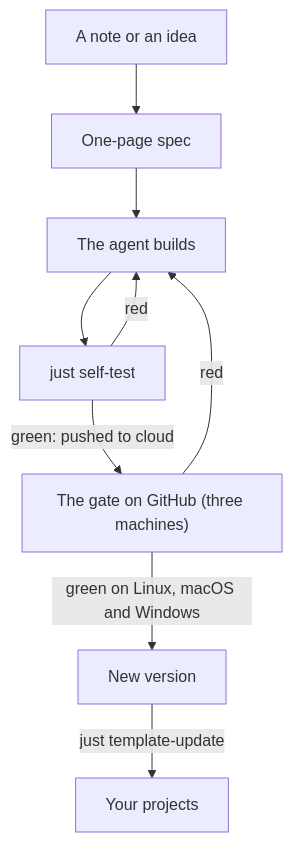
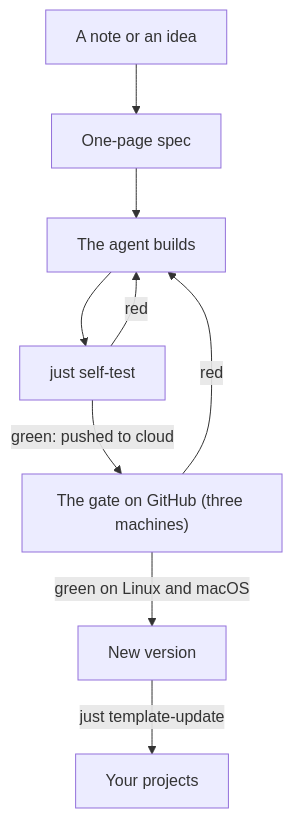
Before and after one commit to yerlytech/ai-backbone: the second of 2 diagrams in docs/how-it-works.md, drawn with Mermaid. The commit also changed other lines of this file and 8 other files, not shown here.

Commit message:
feat: Windows reports and no longer holds main back (the maintainer, 2026-11-12); zed and the two ideas leave the template's watch list; the gate's checks prove the new rule

````diff
--- a/docs/how-it-works.md
+++ b/docs/how-it-works.md
@@ -93,19 +95,19 @@
 ```mermaid
 flowchart TD
     idea["A note or an idea"]
     spec["One-page spec"]
     build["The agent builds"]
     test["just self-test"]
     gate["The gate on GitHub (three machines)"]
     ver["New version"]
     projs["Your projects"]
 
     idea --> spec
     spec --> build
     build --> test
     test -->|"red"| build
     test -->|"green: pushed to cloud"| gate
     gate -->|"red"| build
-    gate -->|"green on Linux, macOS and Windows"| ver
+    gate -->|"green on Linux and macOS"| ver
     ver -->|"just template-update"| projs
 ```
````
